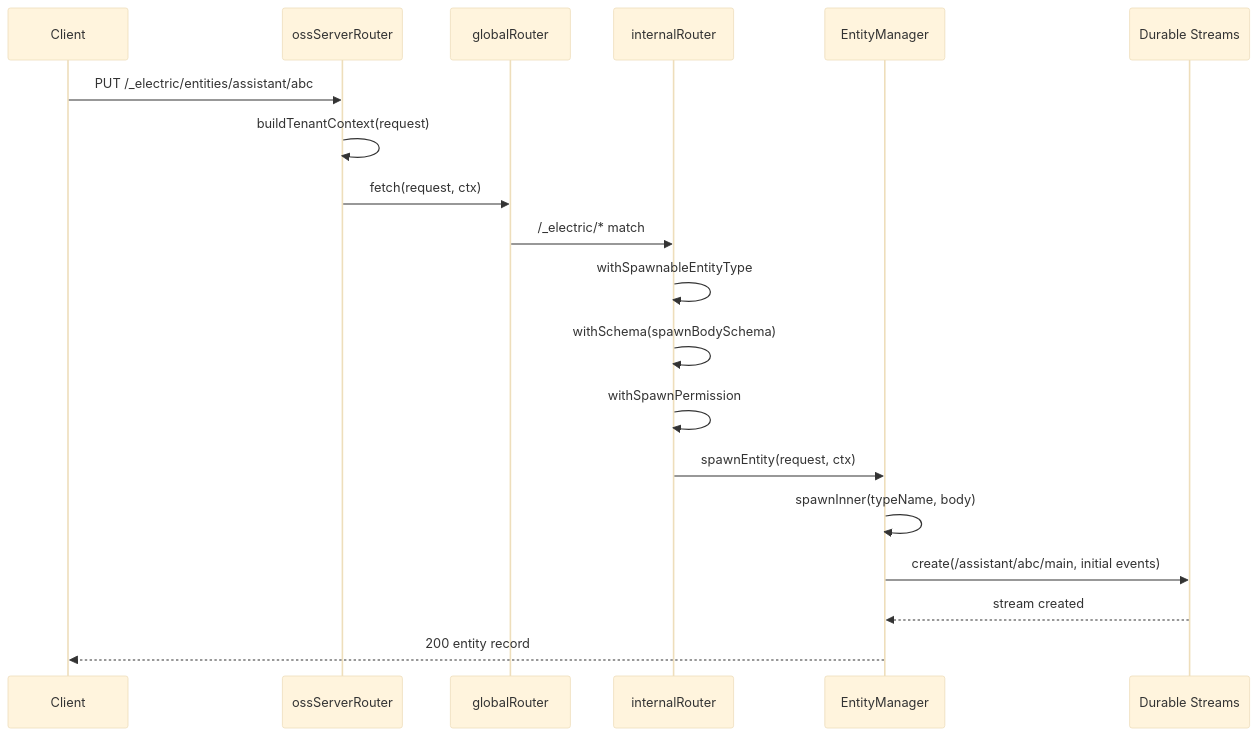
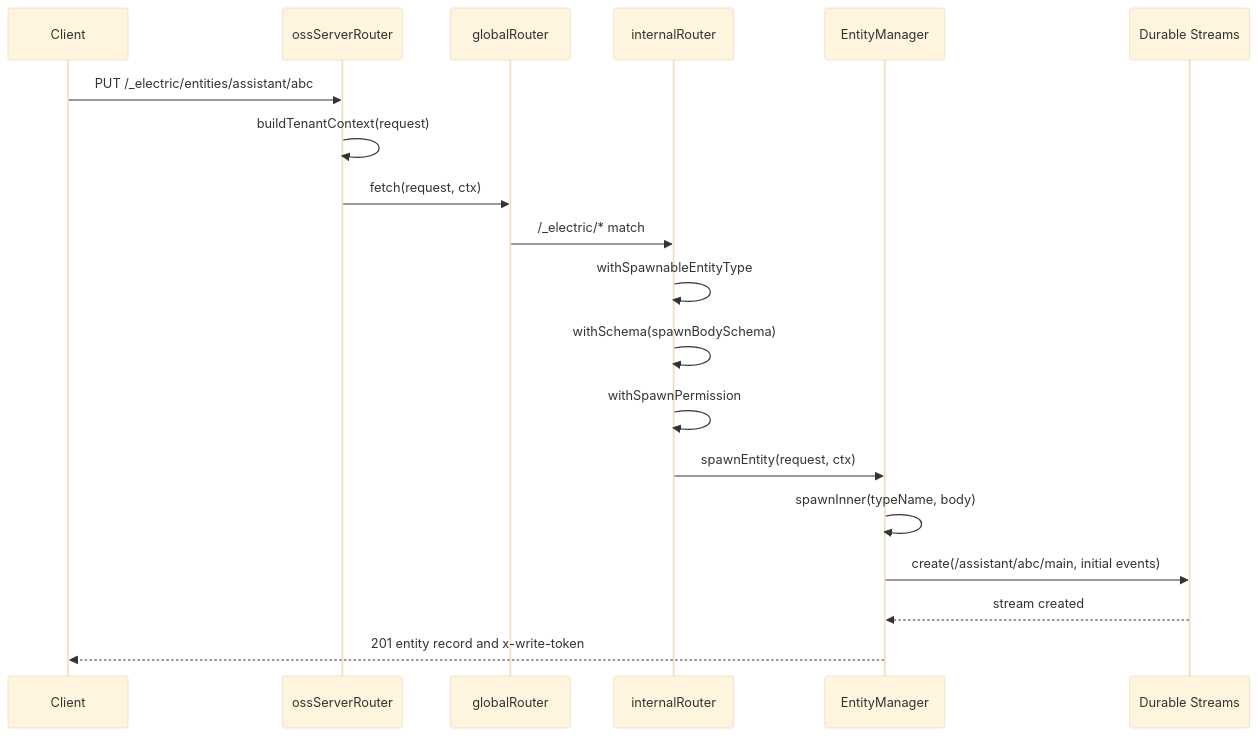
One commit to ewe-studios/explorations changed the third of 4 diagrams in src.durable-streams/src.electric/markdown/02-system-architecture.md. Above: the diagram before and after it, drawn with Mermaid (base theme). The commit also changed other lines of this file and 112 other files, not shown here.

````diff
--- a/src.durable-streams/src.electric/markdown/02-system-architecture.md
+++ b/src.durable-streams/src.electric/markdown/02-system-architecture.md
@@ -151,21 +163,21 @@
 ```mermaid
 sequenceDiagram
     participant C as Client
     participant H as ossServerRouter
     participant G as globalRouter
     participant R as internalRouter
     participant M as EntityManager
     participant DS as Durable Streams
     C->>H: PUT /_electric/entities/assistant/abc
     H->>H: buildTenantContext(request)
     H->>G: fetch(request, ctx)
     G->>R: /_electric/* match
     R->>R: withSpawnableEntityType
     R->>R: withSchema(spawnBodySchema)
     R->>R: withSpawnPermission
     R->>M: spawnEntity(request, ctx)
     M->>M: spawnInner(typeName, body)
     M->>DS: create(/assistant/abc/main, initial events)
     DS-->>M: stream created
-    M-->>C: 200 entity record
+    M-->>C: 201 entity record and x-write-token
 ```
````
